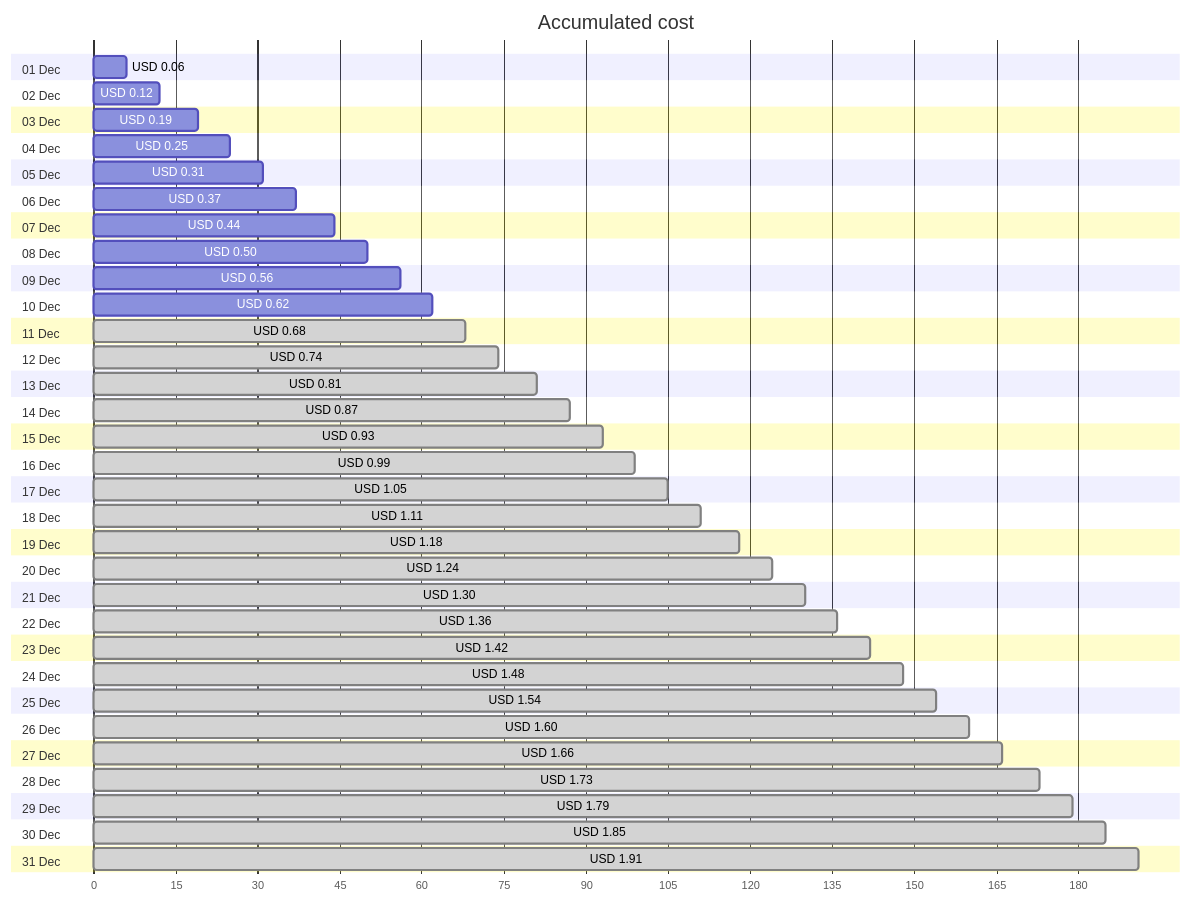
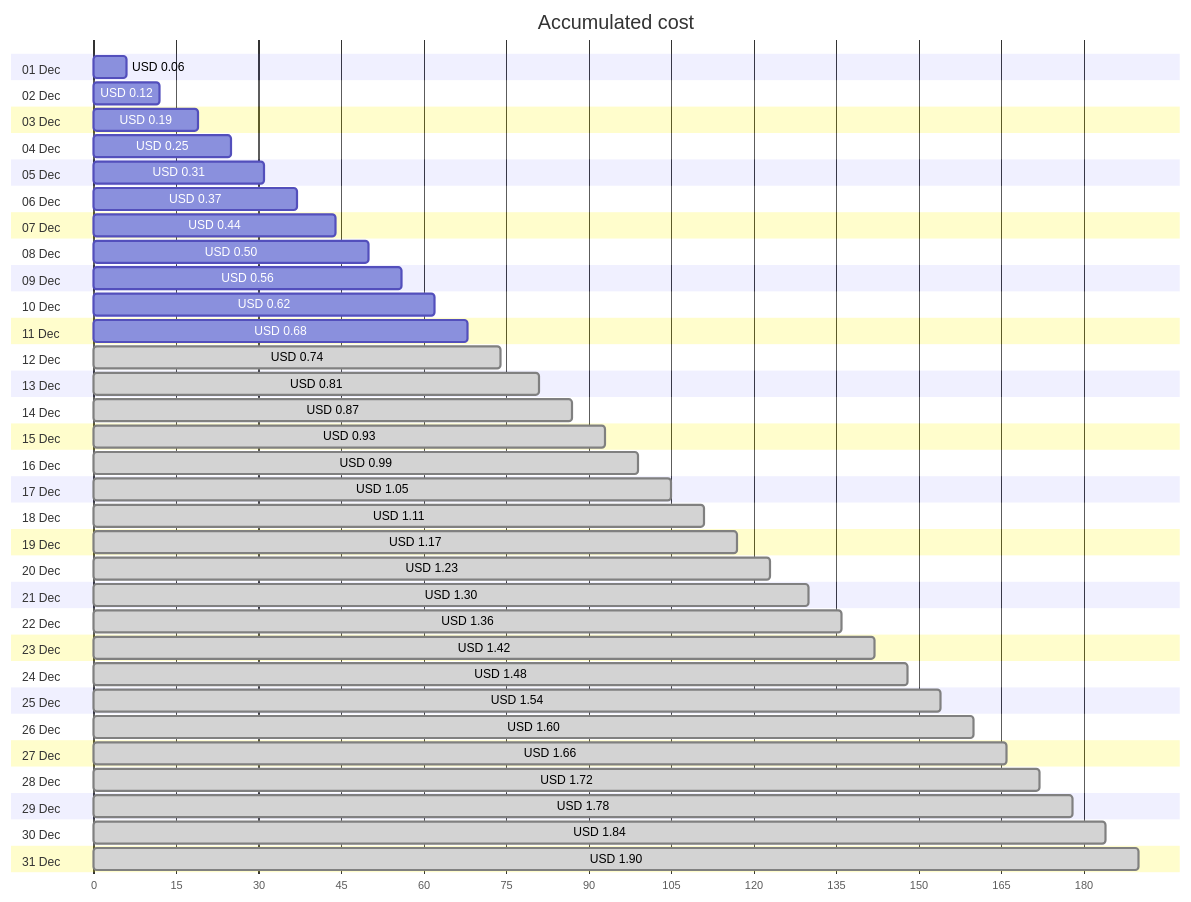
The first of 4 diagrams in cost-reports/personal-network/backup-server_OsDisk.md (jpfulton/azure-personal-reports), drawn with Mermaid before and after one commit. The commit also changed other lines of this file and 8 other files, not shown here.

````diff
--- a/cost-reports/personal-network/backup-server_OsDisk.md
+++ b/cost-reports/personal-network/backup-server_OsDisk.md
@@ -20,68 +20,68 @@
 ```mermaid
 gantt
    title Accumulated cost
    dateFormat  X
    axisFormat %s
    section 01 Dec
    USD 0.06 :0, 6
    section 02 Dec
    USD 0.12 :0, 12
    section 03 Dec
    USD 0.19 :0, 19
    section 04 Dec
    USD 0.25 :0, 25
    section 05 Dec
    USD 0.31 :0, 31
    section 06 Dec
    USD 0.37 :0, 37
    section 07 Dec
    USD 0.44 :0, 44
    section 08 Dec
    USD 0.50 :0, 50
    section 09 Dec
    USD 0.56 :0, 56
    section 10 Dec
    USD 0.62 :0, 62
    section 11 Dec
-   USD 0.68 : done, 0, 68
+   USD 0.68 :0, 68
    section 12 Dec
    USD 0.74 : done, 0, 74
    section 13 Dec
    USD 0.81 : done, 0, 81
    section 14 Dec
    USD 0.87 : done, 0, 87
    section 15 Dec
    USD 0.93 : done, 0, 93
    section 16 Dec
    USD 0.99 : done, 0, 99
    section 17 Dec
    USD 1.05 : done, 0, 105
    section 18 Dec
    USD 1.11 : done, 0, 111
    section 19 Dec
-   USD 1.18 : done, 0, 118
+   USD 1.17 : done, 0, 117
    section 20 Dec
-   USD 1.24 : done, 0, 124
+   USD 1.23 : done, 0, 123
    section 21 Dec
    USD 1.30 : done, 0, 130
    section 22 Dec
    USD 1.36 : done, 0, 136
    section 23 Dec
    USD 1.42 : done, 0, 142
    section 24 Dec
    USD 1.48 : done, 0, 148
    section 25 Dec
    USD 1.54 : done, 0, 154
    section 26 Dec
    USD 1.60 : done, 0, 160
    section 27 Dec
    USD 1.66 : done, 0, 166
    section 28 Dec
-   USD 1.73 : done, 0, 173
+   USD 1.72 : done, 0, 172
    section 29 Dec
-   USD 1.79 : done, 0, 179
+   USD 1.78 : done, 0, 178
    section 30 Dec
-   USD 1.85 : done, 0, 185
+   USD 1.84 : done, 0, 184
    section 31 Dec
-   USD 1.91 : done, 0, 191
+   USD 1.90 : done, 0, 190
 ```
````
